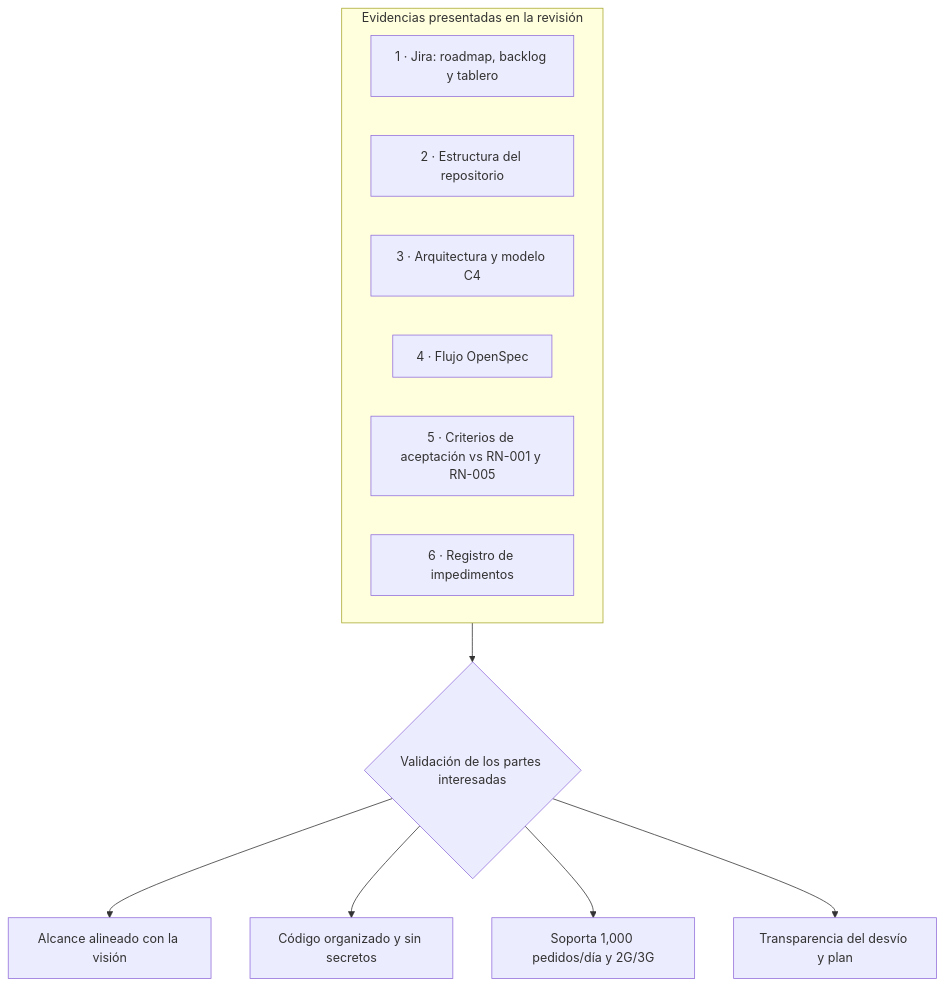
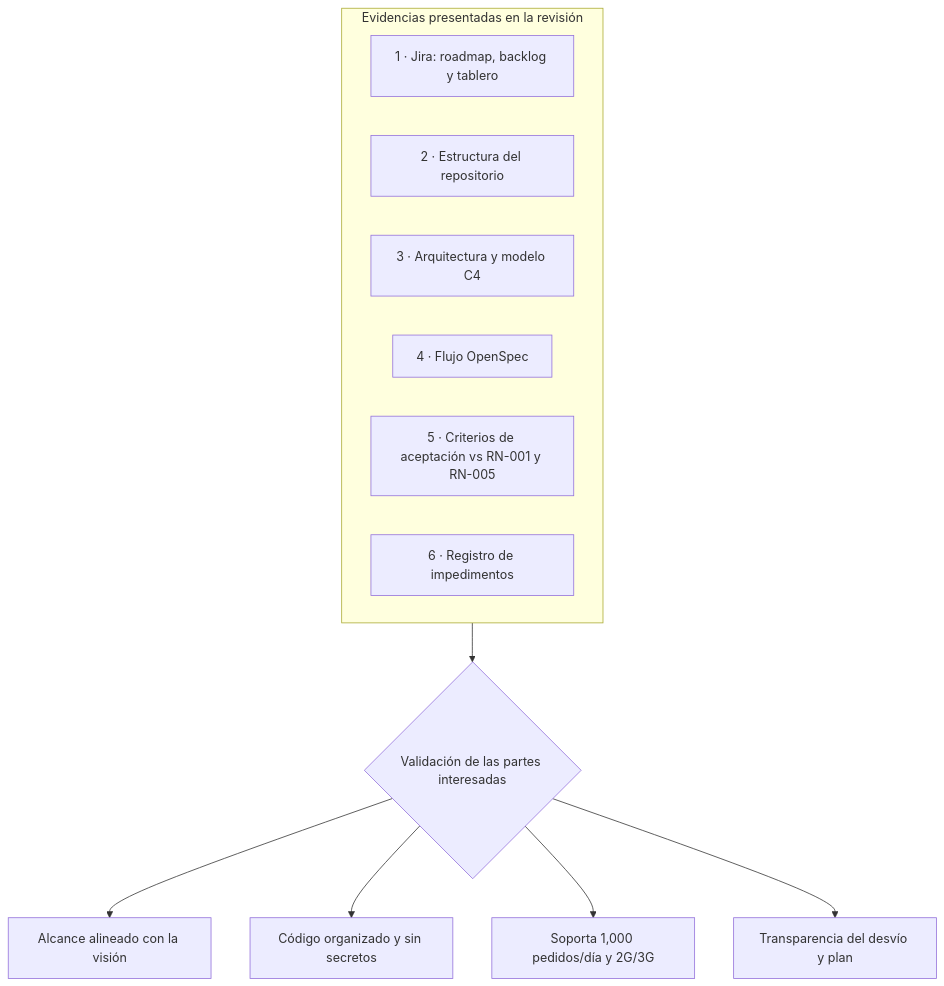
One commit to alexito-dev/EcoLogistica changed the second of 4 diagrams in docs/03 Implementación/03 Revisión del Sprint V_1_0_0.md. Above: the diagram before and after it, drawn with Mermaid. The commit also changed other lines of this file and 3 other files, not shown here.

````diff
--- a/docs/03 Implementación/03 Revisión del Sprint V_1_0_0.md
+++ b/docs/03 Implementación/03 Revisión del Sprint V_1_0_0.md
@@ -91,16 +92,16 @@
 ```mermaid
 flowchart TB
     subgraph EVID["Evidencias presentadas en la revisión"]
         E1["1 · Jira: roadmap, backlog y tablero"]
         E2["2 · Estructura del repositorio"]
         E3["3 · Arquitectura y modelo C4"]
         E4["4 · Flujo OpenSpec"]
         E5["5 · Criterios de aceptación vs RN-001 y RN-005"]
         E6["6 · Registro de impedimentos"]
     end
-    EVID --> V{"Validación de los partes interesadas"}
+    EVID --> V{"Validación de las partes interesadas"}
     V --> R1["Alcance alineado con la visión"]
     V --> R2["Código organizado y sin secretos"]
     V --> R3["Soporta 1,000 pedidos/día y 2G/3G"]
     V --> R4["Transparencia del desvío y plan"]
 ```
````
